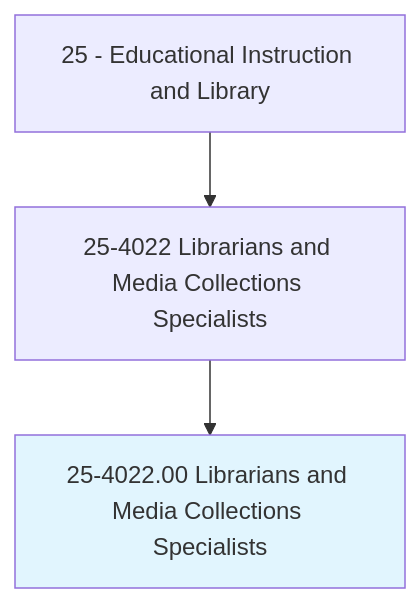
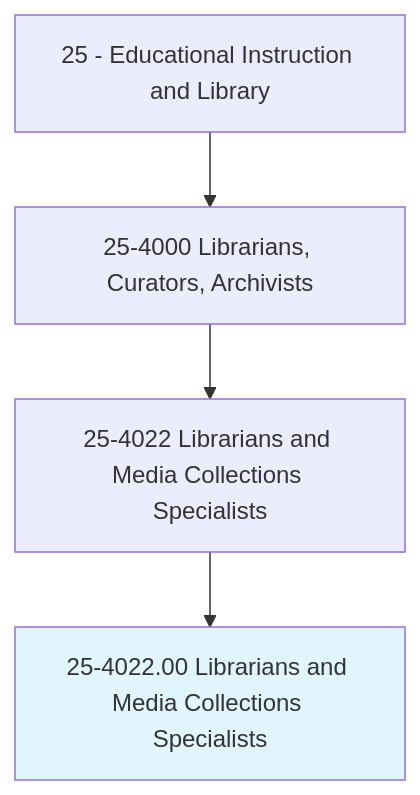
Before and after one commit to kziemski/business.org.ai: the first of 4 diagrams in occupations/Education/LibrariansAndMediaCollectionsSpecialists.mdx, drawn with Mermaid. The commit also changed other lines of this file and 938 other files, not shown here.

````diff
--- a/occupations/Education/LibrariansAndMediaCollectionsSpecialists.mdx
+++ b/occupations/Education/LibrariansAndMediaCollectionsSpecialists.mdx
@@ -19,6 +23,7 @@
 ```mermaid
 graph TD
-    Cat25["25 - Educational Instruction and Library"] --> Group254022["25-4022 Librarians and Media Collections Specialists"]
+    Cat25["25 - Educational Instruction and Library"] --> Group254["25-4000 Librarians, Curators, Archivists"]
+    Group254 --> Group254022["25-4022 Librarians and Media Collections Specialists"]
     Group254022 --> Current["25-4022.00 Librarians and Media Collections Specialists"]
     style Current fill:#e1f5fe
 ```
````
